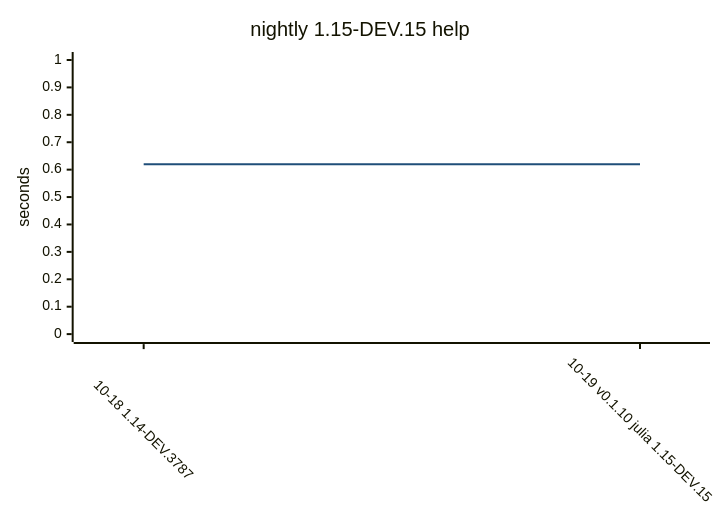
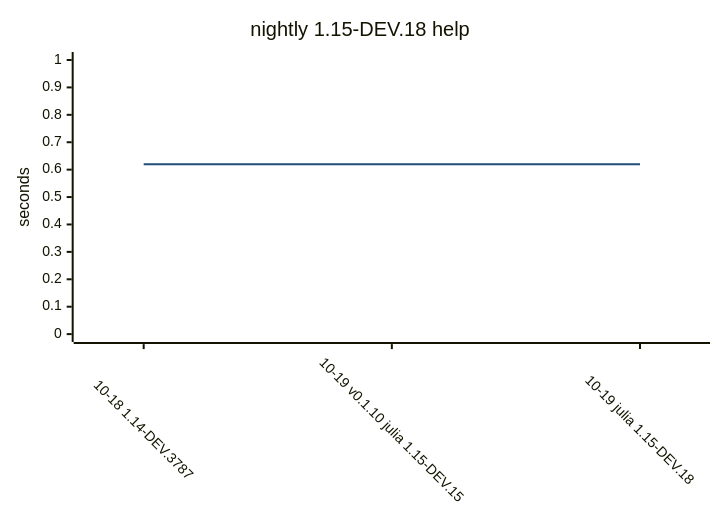
Before and after one commit to yamanori99/DistSSHRun.jl: the seventh of 9 diagrams in README.md, drawn with Mermaid. The commit also changed other lines of this file and 1 other file, not shown here.

Commit message:
Record compile bench for nightly.

````diff
--- a/README.md
+++ b/README.md
@@ -240,17 +241,17 @@
 ```mermaid
 ---
 config:
   theme: base
   themeVariables:
     xyChart:
       plotColorPalette: "#1f4e79"
   xyChart:
     xAxis:
       labelRotation: 45
 ---
 xychart-beta
-    title "nightly 1.15-DEV.15 help"
-    x-axis ["10-18 1.14-DEV.3787", "10-19 v0.1.10 julia 1.15-DEV.15"]
+    title "nightly 1.15-DEV.18 help"
+    x-axis ["10-18 1.14-DEV.3787", "10-19 v0.1.10 julia 1.15-DEV.15", "10-19 julia 1.15-DEV.18"]
     y-axis "seconds" 0 --> 1
-    line [0.62, 0.62]
+    line [0.62, 0.62, 0.62]
 ```
````
